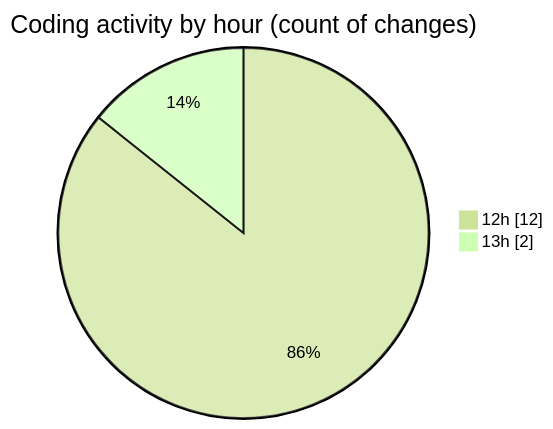
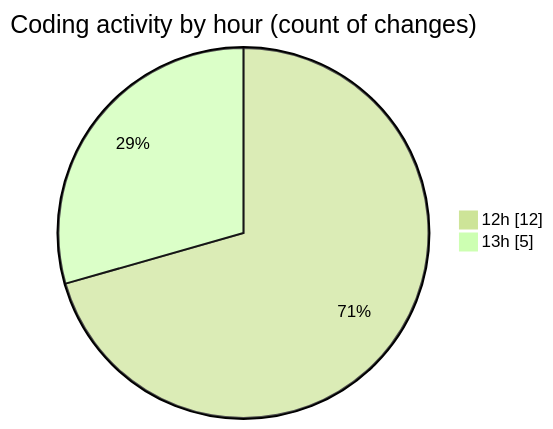
Before and after one commit to CELIANVF/code-tracking: the second of 2 diagrams in 2025-04-14/portfolio/README.md, drawn with Mermaid (forest theme). The commit also changed other lines of this file and 1 other file, not shown here.

````diff
--- a/2025-04-14/portfolio/README.md
+++ b/2025-04-14/portfolio/README.md
@@ -33,6 +33,6 @@
 ```mermaid
 pie showData
 title Coding activity by hour (count of changes)
 "12h" : 12
-"13h" : 2
+"13h" : 5
 ```
````
